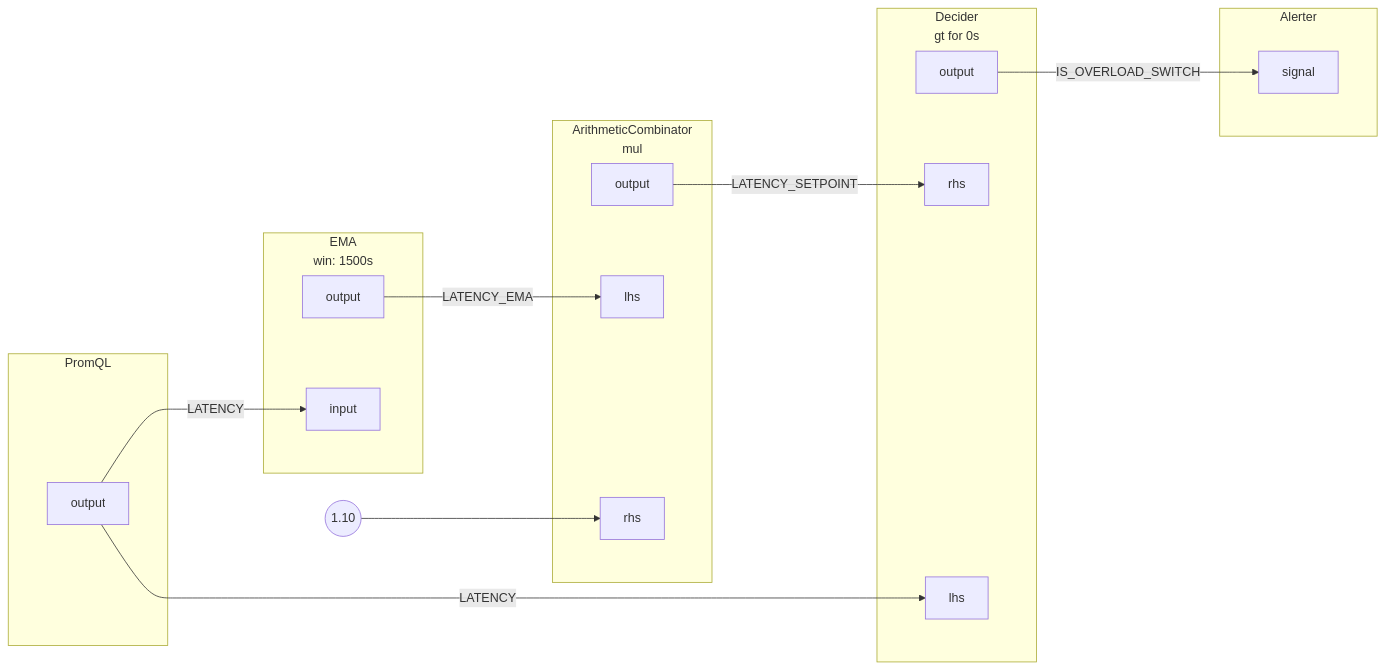
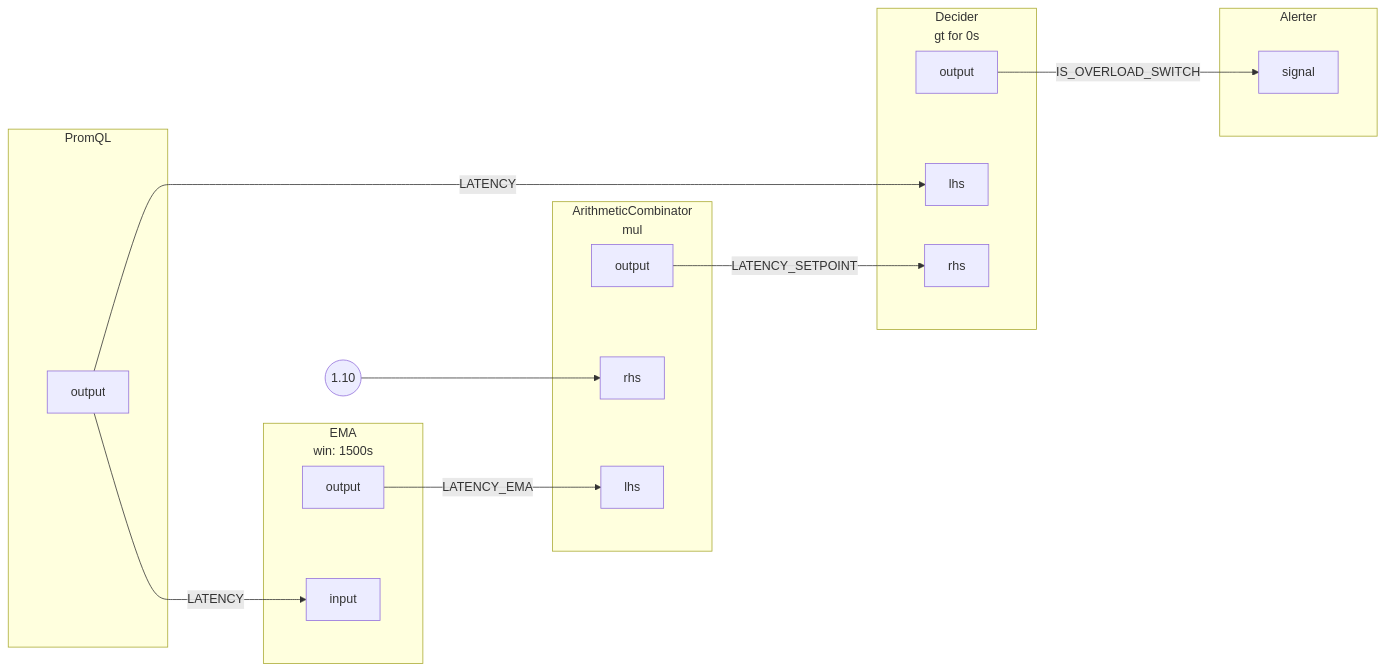
The diagram in docs/content/tutorials/signal-processing/assets/detecting-overload/detecting-overload.mmd (fluxninja/aperture), drawn with Mermaid before and after one commit. The commit also changed other lines of this file and 18 other files, not shown here.

Commit message:
mermaid: do not render unused ports

```diff
--- a/docs/content/tutorials/signal-processing/assets/detecting-overload/detecting-overload.mmd
+++ b/docs/content/tutorials/signal-processing/assets/detecting-overload/detecting-overload.mmd
@@ -1,52 +1,52 @@
 flowchart LR
 subgraph root.0[PromQL]
 subgraph root.0_outports[ ]
 style root.0_outports fill:none,stroke:none
 root.0output[output]
 end
 end
 subgraph root.1[<center>EMA<br/>win: 1500s</center>]
 subgraph root.1_inports[ ]
 style root.1_inports fill:none,stroke:none
 root.1input[input]
 end
 subgraph root.1_outports[ ]
 style root.1_outports fill:none,stroke:none
 root.1output[output]
 end
 end
+FakeConstant0((1.10))
+FakeConstant0 --> root.2rhs
 subgraph root.2[<center>ArithmeticCombinator<br/>mul</center>]
 subgraph root.2_inports[ ]
 style root.2_inports fill:none,stroke:none
 root.2lhs[lhs]
 root.2rhs[rhs]
 end
 subgraph root.2_outports[ ]
 style root.2_outports fill:none,stroke:none
 root.2output[output]
 end
 end
-FakeConstant0((1.10))
-FakeConstant0 --> root.2rhs
 subgraph root.3[<center>Decider<br/>gt for 0s</center>]
 subgraph root.3_inports[ ]
 style root.3_inports fill:none,stroke:none
+root.3lhs[lhs]
 root.3rhs[rhs]
-root.3lhs[lhs]
 end
 subgraph root.3_outports[ ]
 style root.3_outports fill:none,stroke:none
 root.3output[output]
 end
 end
 subgraph root.4[Alerter]
 subgraph root.4_inports[ ]
 style root.4_inports fill:none,stroke:none
 root.4signal[signal]
 end
 end
 root.0output --> |LATENCY| root.1input
 root.0output --> |LATENCY| root.3lhs
 root.1output --> |LATENCY_EMA| root.2lhs
 root.2output --> |LATENCY_SETPOINT| root.3rhs
 root.3output --> |IS_OVERLOAD_SWITCH| root.4signal
```
